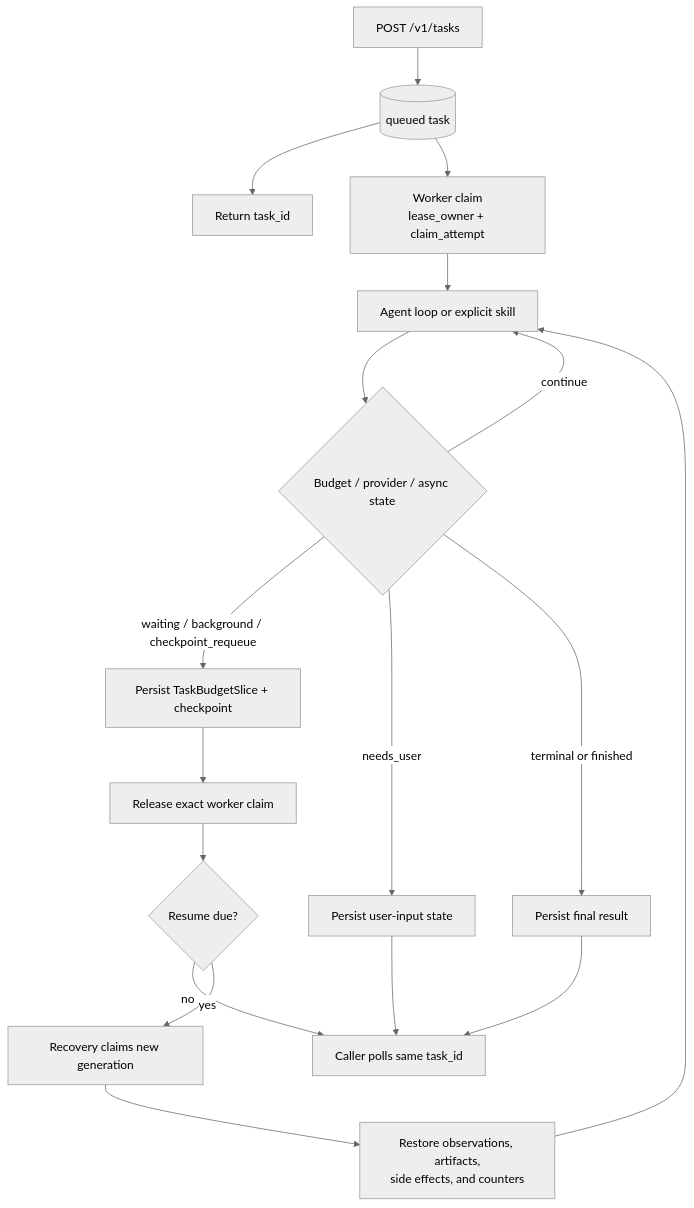
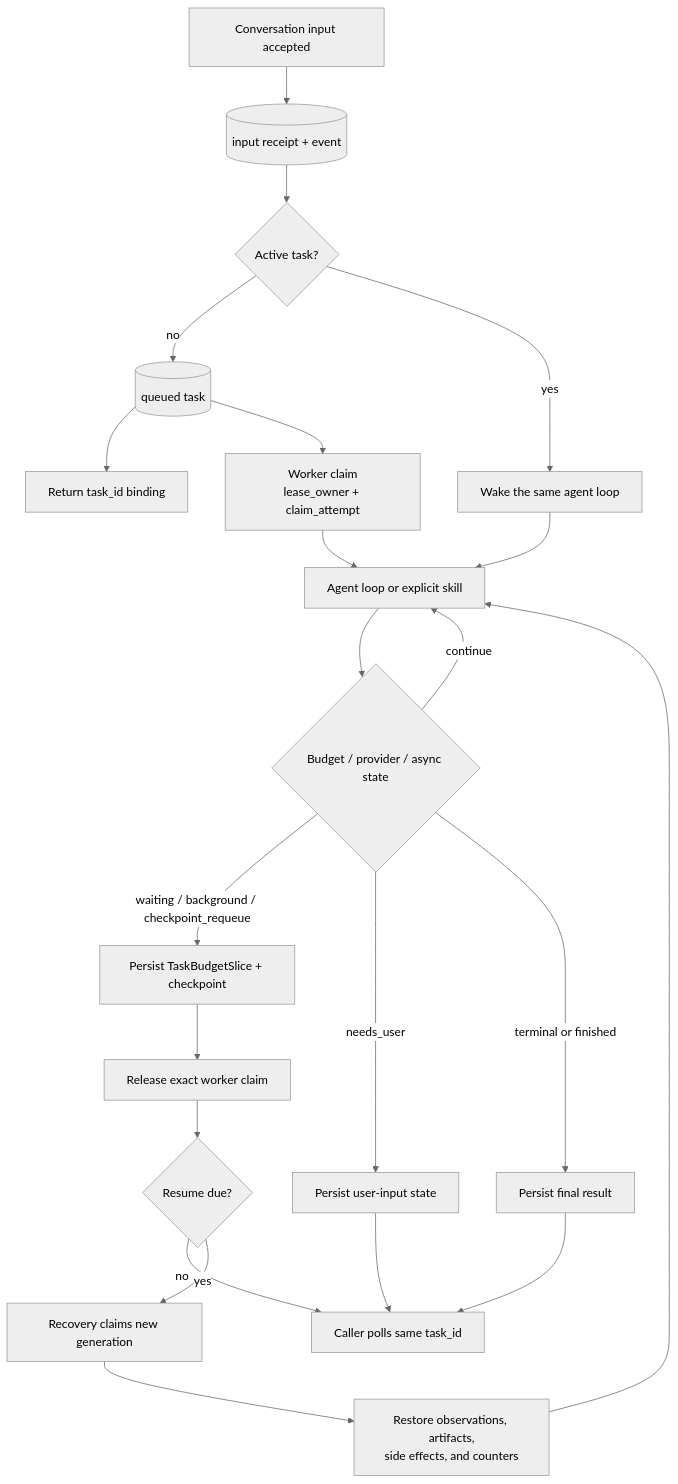
Before and after one commit to MatrixCoreX/RustClaw: the first of 4 diagrams in docs/architecture/03-task-state-context.md, drawn with Mermaid (neutral theme). The commit also changed other lines of this file and 303 other files, not shown here.

````diff
--- a/docs/architecture/03-task-state-context.md
+++ b/docs/architecture/03-task-state-context.md
@@ -17,20 +17,24 @@
 ```mermaid
 flowchart TD
-    A[POST /v1/tasks] --> B[(queued task)]
-    B --> C[Return task_id]
+    A[Conversation input accepted] --> A1[(input receipt + event)]
+    A1 --> A2{Active task?}
+    A2 -->|no| B[(queued task)]
+    A2 -->|yes| A3[Wake the same agent loop]
+    B --> C[Return task_id binding]
     B --> D[Worker claim<br/>lease_owner + claim_attempt]
     D --> E[Agent loop or explicit skill]
+    A3 --> E
     E --> F{Budget / provider / async state}
     F -->|continue| E
     F -->|waiting / background / checkpoint_requeue| G[Persist TaskBudgetSlice + checkpoint]
     G --> H[Release exact worker claim]
     H --> I{Resume due?}
     I -->|no| J[Caller polls same task_id]
     I -->|yes| K[Recovery claims new generation]
     K --> L[Restore observations, artifacts,<br/>side effects, and counters]
     L --> E
     F -->|needs_user| N[Persist user-input state]
     N --> J
     F -->|terminal or finished| M[Persist final result]
     M --> J
 ```
````
